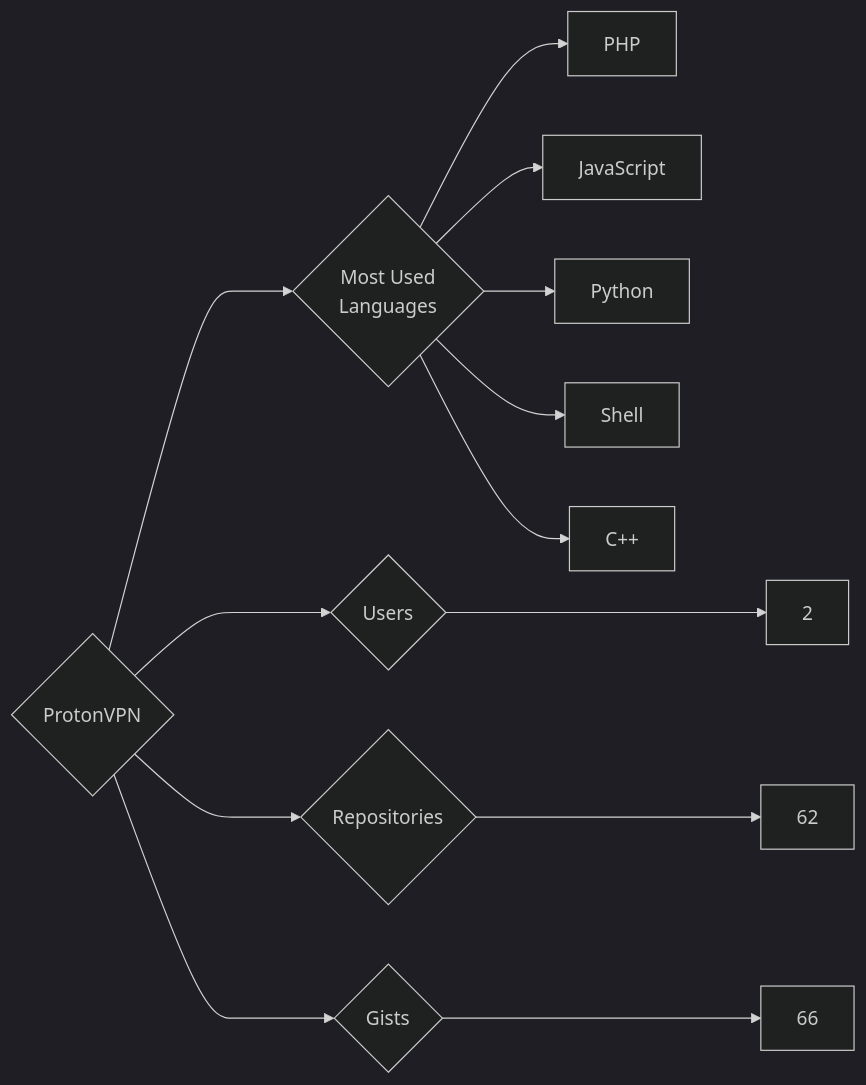
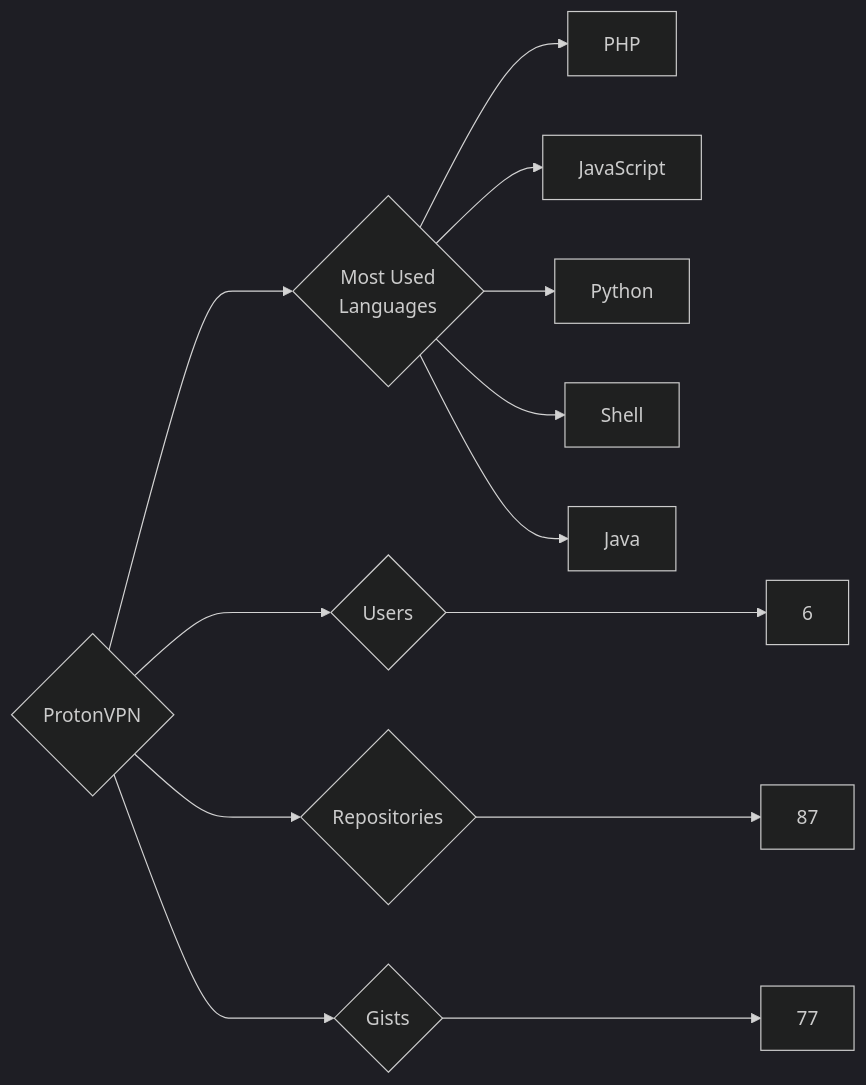
Before and after one commit to trickest/insiders: the diagram in targets/ProtonVPN/README.md, drawn with Mermaid (dark theme). The commit also changed 1696 other files, not shown here.

````diff
--- a/targets/ProtonVPN/README.md
+++ b/targets/ProtonVPN/README.md
@@ -3,13 +3,13 @@
 ```mermaid
 graph LR
 COMPANY_NAME{ProtonVPN}
-COMPANY_NAME ---> U{Users} ---> UN[2]
-COMPANY_NAME ---> R{Repositories} ---> RN[62]
-COMPANY_NAME ---> G{Gists} ---> GN[66]
+COMPANY_NAME ---> U{Users} ---> UN[6]
+COMPANY_NAME ---> R{Repositories} ---> RN[87]
+COMPANY_NAME ---> G{Gists} ---> GN[77]
 COMPANY_NAME ---> ML{Most Used<br>Languages}
 ML --> PHP[PHP]
 ML --> JavaScript[JavaScript]
 ML --> Python[Python]
 ML --> Shell[Shell]
-ML --> C++[C++]
+ML --> Java[Java]
 ```
````
